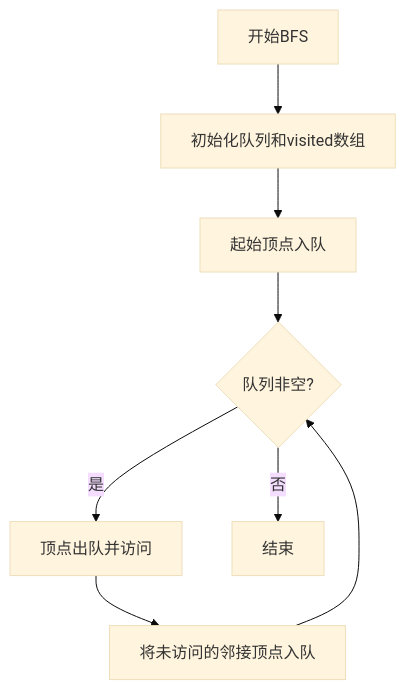
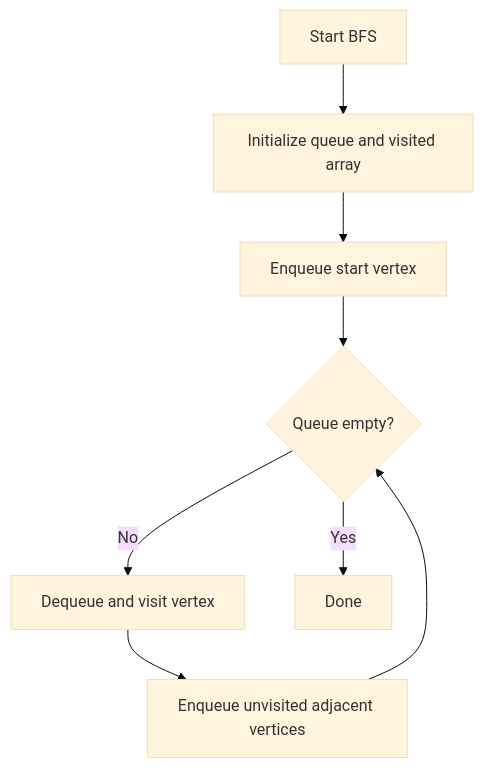
The second of 3 diagrams in README.md (anjuxi/C-graph), drawn with Mermaid (base theme) before and after one commit. The commit also changed other lines of this file, not shown here.

````diff
--- a/README.md
+++ b/README.md
@@ -128,10 +128,10 @@
 ```mermaid
 graph TD
-    A[开始BFS] --> B[初始化队列和visited数组]
-    B --> C[起始顶点入队]
-    C --> D{队列非空?}
-    D -->|是| E[顶点出队并访问]
-    E --> F[将未访问的邻接顶点入队]
+    A[Start BFS] --> B[Initialize queue and visited array]
+    B --> C[Enqueue start vertex]
+    C --> D{Queue empty?}
+    D -->|No| E[Dequeue and visit vertex]
+    E --> F[Enqueue unvisited adjacent vertices]
     F --> D
-    D -->|否| G[结束]
+    D -->|Yes| G[Done]
 ```
````
